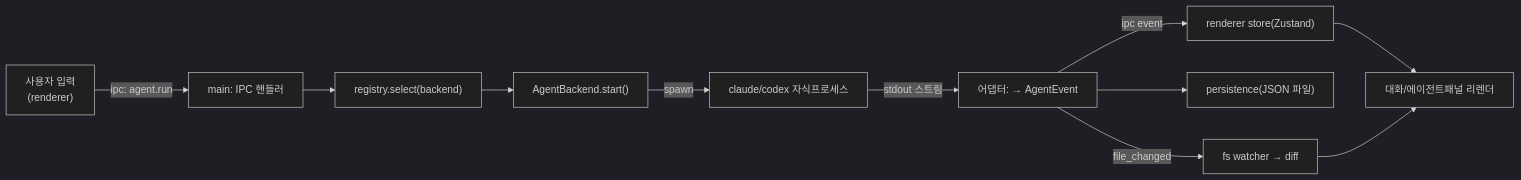
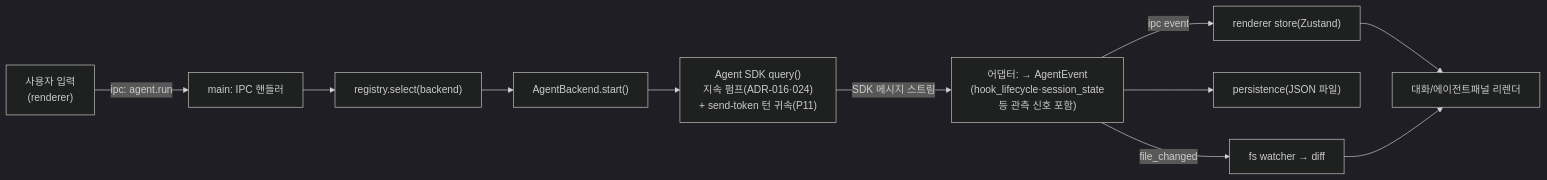
One commit to bass131/AgentDeck changed the diagram in 00.Documents/ARCHITECTURE.md. Above: the diagram before and after it, drawn with Mermaid (dark theme). The commit also changed other lines of this file and 4 other files, not shown here.

Commit message:
docs(sync): GAP1 P01~P11 반영 — 00.Documents 1차 최신화 (ARCHITECTURE·UI·FEATURE_MAP·PRD·REPL_TRANSITION)

````diff
--- a/00.Documents/ARCHITECTURE.md
+++ b/00.Documents/ARCHITECTURE.md
@@ -120,13 +138,13 @@
 ```mermaid
 flowchart LR
     U["사용자 입력<br/>(renderer)"] -->|ipc: agent.run| M["main: IPC 핸들러"]
     M --> R["registry.select(backend)"]
     R --> B["AgentBackend.start()"]
-    B -->|spawn| CLI["claude/codex 자식프로세스"]
-    CLI -->|stdout 스트림| A["어댑터: → AgentEvent"]
+    B --> Q["Agent SDK query()<br/>지속 펌프(ADR-016·024)<br/>+ send-token 턴 귀속(P11)"]
+    Q -->|SDK 메시지 스트림| A["어댑터: → AgentEvent<br/>(hook_lifecycle·session_state<br/>등 관측 신호 포함)"]
     A -->|ipc event| S["renderer store(Zustand)"]
     A --> P["persistence(JSON 파일)"]
     A -->|file_changed| F["fs watcher → diff"]
     S --> UI["대화/에이전트패널 리렌더"]
     F --> UI
 ```
````
